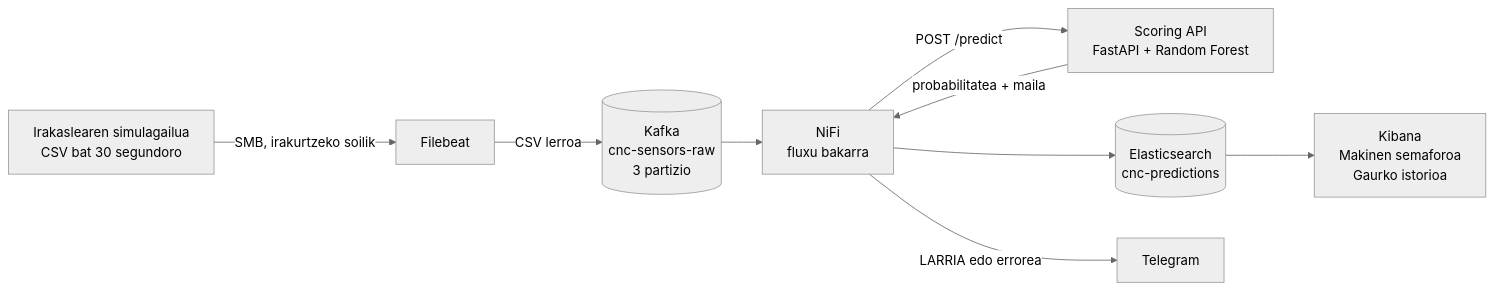
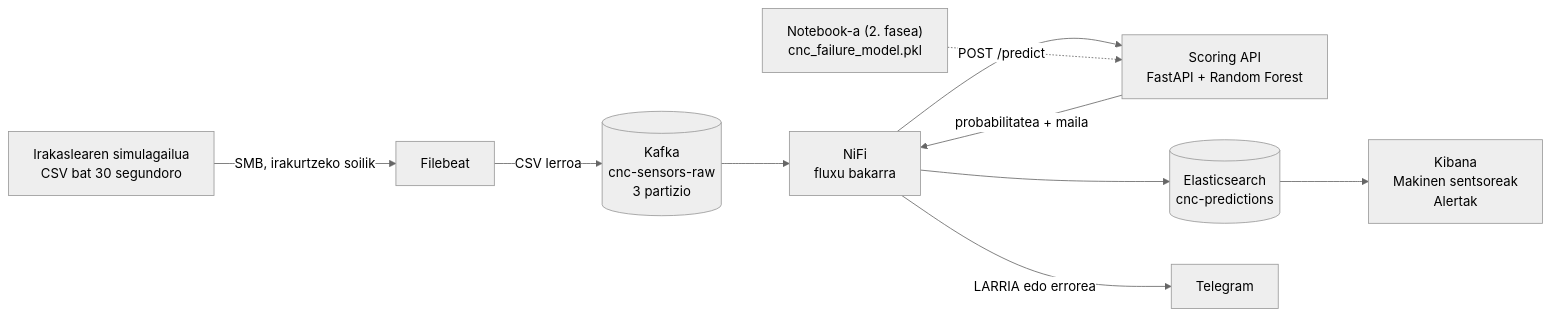
One commit to AABD-Ethazi-2627/T5-erronka1 changed the diagram in README.md. Above: the diagram before and after it, drawn with Mermaid (neutral theme). The commit also changed other lines of this file and 37 other files, not shown here.

````diff
--- a/README.md
+++ b/README.md
@@ -69,11 +74,12 @@
 ```mermaid
 flowchart LR
     SIM["Irakaslearen simulagailua<br/>CSV bat 30 segundoro"] -->|"SMB, irakurtzeko soilik"| FB[Filebeat]
     FB -->|"CSV lerroa"| K[("Kafka<br/>cnc-sensors-raw<br/>3 partizio")]
     K --> N["NiFi<br/>fluxu bakarra"]
     N -->|"POST /predict"| API["Scoring API<br/>FastAPI + Random Forest"]
     API -->|"probabilitatea + maila"| N
     N --> ES[("Elasticsearch<br/>cnc-predictions")]
-    ES --> KB["Kibana<br/>Makinen semaforoa<br/>Gaurko istorioa"]
+    ES --> KB["Kibana<br/>Makinen sentsoreak<br/>Alertak"]
     N -->|"LARRIA edo errorea"| TG["Telegram"]
+    NB["Notebook-a (2. fasea)<br/>cnc_failure_model.pkl"] -.-> API
 ```
````
